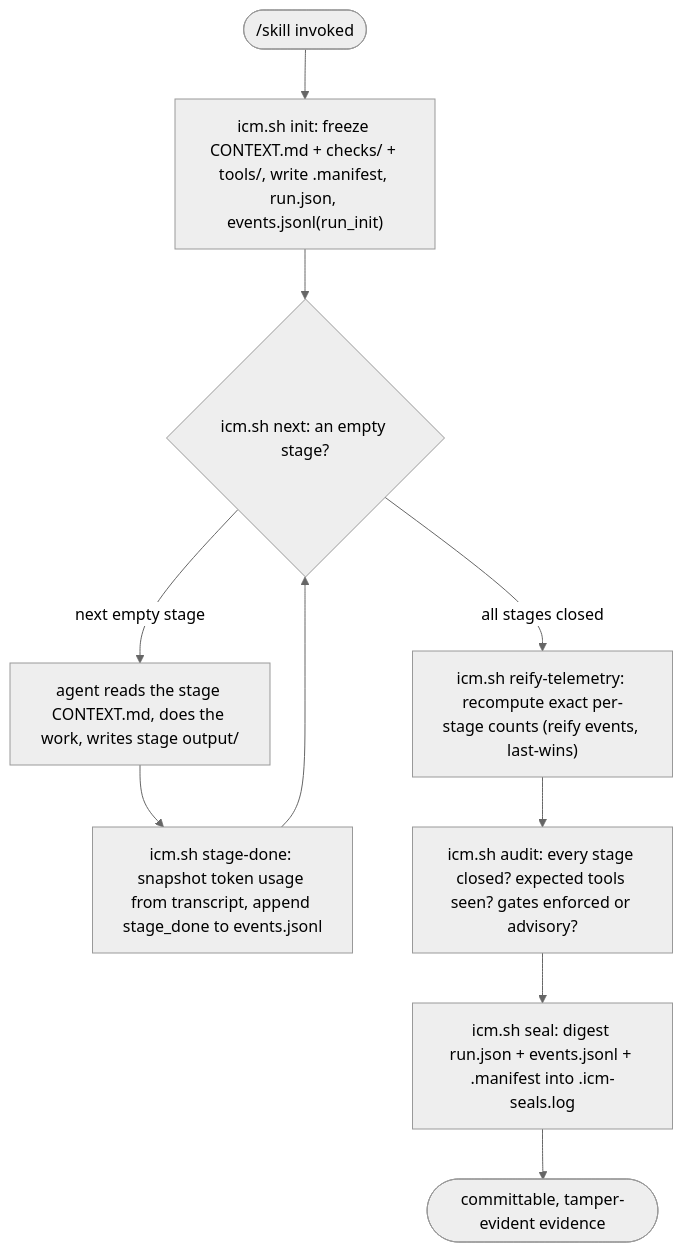
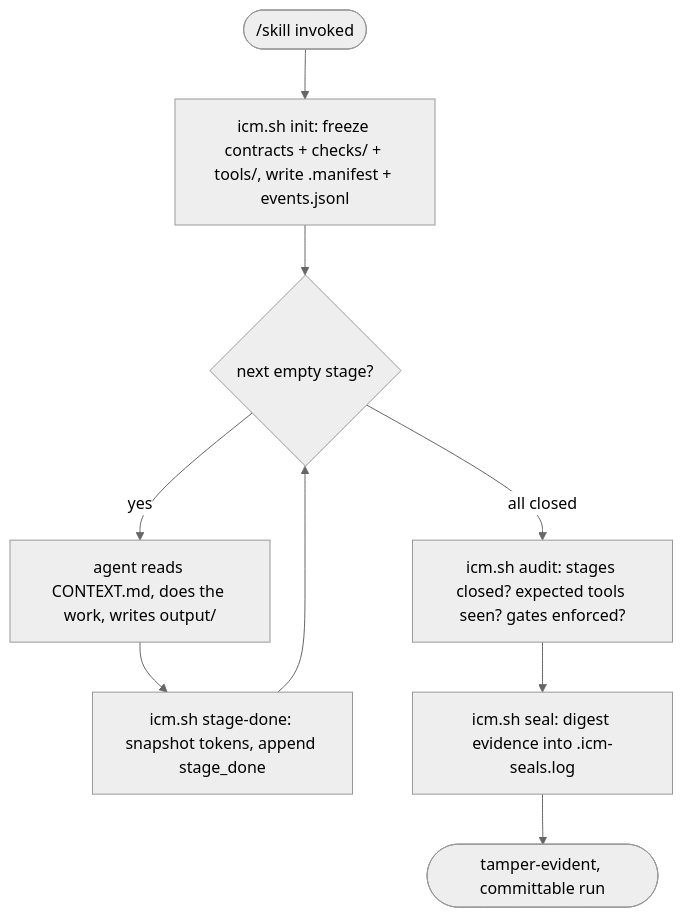
The diagram in README.md (KakkoiDev/icm-runtime), drawn with Mermaid (neutral theme) before and after one commit. The commit also changed other lines of this file and 1 other file, not shown here.

````diff
--- a/README.md
+++ b/README.md
@@ -101,12 +78,11 @@
 ```mermaid
 flowchart TD
-    A(["/skill invoked"]) --> B["icm.sh init: freeze CONTEXT.md + checks/ + tools/, write .manifest, run.json, events.jsonl(run_init)"]
-    B --> C{"icm.sh next: an empty stage?"}
-    C -->|"next empty stage"| D["agent reads the stage CONTEXT.md, does the work, writes stage output/"]
-    D --> E["icm.sh stage-done: snapshot token usage from transcript, append stage_done to events.jsonl"]
+    A(["/skill invoked"]) --> B["icm.sh init: freeze contracts + checks/ + tools/, write .manifest + events.jsonl"]
+    B --> C{"next empty stage?"}
+    C -->|"yes"| D["agent reads CONTEXT.md, does the work, writes output/"]
+    D --> E["icm.sh stage-done: snapshot tokens, append stage_done"]
     E --> C
-    C -->|"all stages closed"| F["icm.sh reify-telemetry: recompute exact per-stage counts (reify events, last-wins)"]
-    F --> G["icm.sh audit: every stage closed? expected tools seen? gates enforced or advisory?"]
-    G --> H["icm.sh seal: digest run.json + events.jsonl + .manifest into .icm-seals.log"]
-    H --> I(["committable, tamper-evident evidence"])
+    C -->|"all closed"| G["icm.sh audit: stages closed? expected tools seen? gates enforced?"]
+    G --> H["icm.sh seal: digest evidence into .icm-seals.log"]
+    H --> I(["tamper-evident, committable run"])
 ```
````
